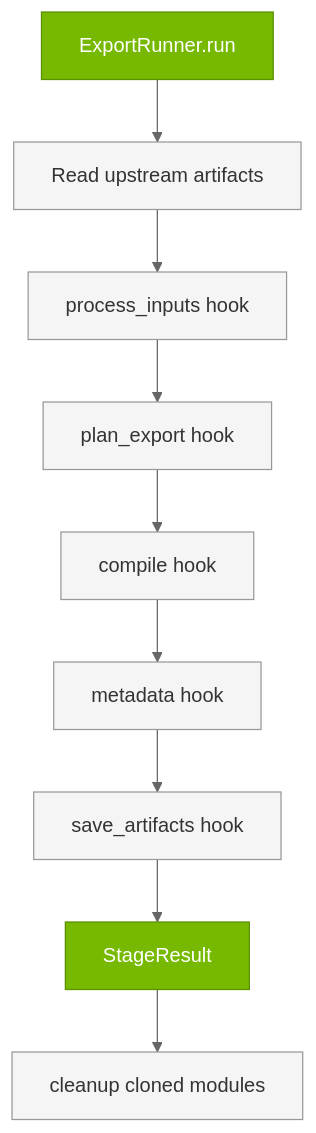
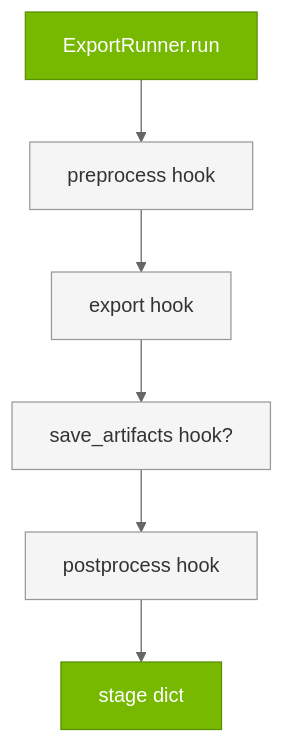
The first of 2 diagrams in docs/source/developer_guide/architecture/runners.rst (micwill755/TRT-VLA-Lowering), drawn with Mermaid before and after one commit. The commit also changed other lines of this file and 98 other files, not shown here.

```diff
--- a/docs/source/developer_guide/architecture/runners.rst
+++ b/docs/source/developer_guide/architecture/runners.rst
@@ -20,21 +21,18 @@
 .. mermaid::
 
    %%{init: {'theme':'neutral', 'themeVariables': {'primaryColor':'#76B900','primaryTextColor':'#fff','primaryBorderColor':'#5a8f00','lineColor':'#666','edgeLabelBackground':'#ffffff','labelTextColor':'#000','clusterBkg':'#ffffff','clusterBorder':'#999'}}}%%
    graph TB
        START[ExportRunner.run]
-       UP[Read upstream artifacts]
-       GLUE[process_inputs hook]
-       PLAN[plan_export hook]
-       COMPILE[compile hook]
-       META[metadata hook]
-       SAVE[save_artifacts hook]
-       RESULT[StageResult]
-       CLEAN[cleanup cloned modules]
+       PRE[preprocess hook]
+       EXP[export hook]
+       SAVE[save_artifacts hook?]
+       POST[postprocess hook]
+       RESULT[stage dict]
 
-       START --> UP --> GLUE --> PLAN --> COMPILE --> META --> SAVE --> RESULT --> CLEAN
+       START --> PRE --> EXP --> SAVE --> POST --> RESULT
 
        classDef nvNode fill:#76B900,stroke:#5a8f00,stroke-width:1px,color:#fff
        classDef greyNode fill:#f5f5f5,stroke:#999,stroke-width:1px,color:#333
 
        class START,RESULT nvNode
-       class UP,GLUE,PLAN,COMPILE,META,SAVE,CLEAN greyNode
+       class PRE,EXP,SAVE,POST greyNode
```
